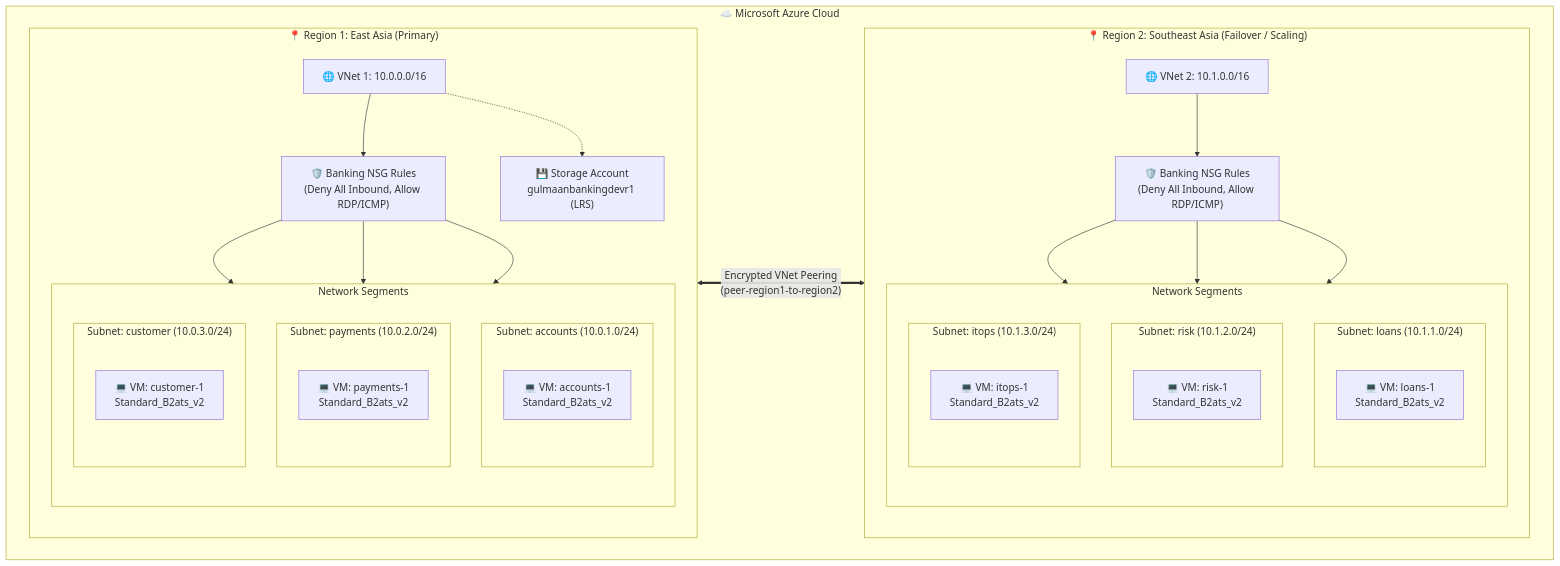
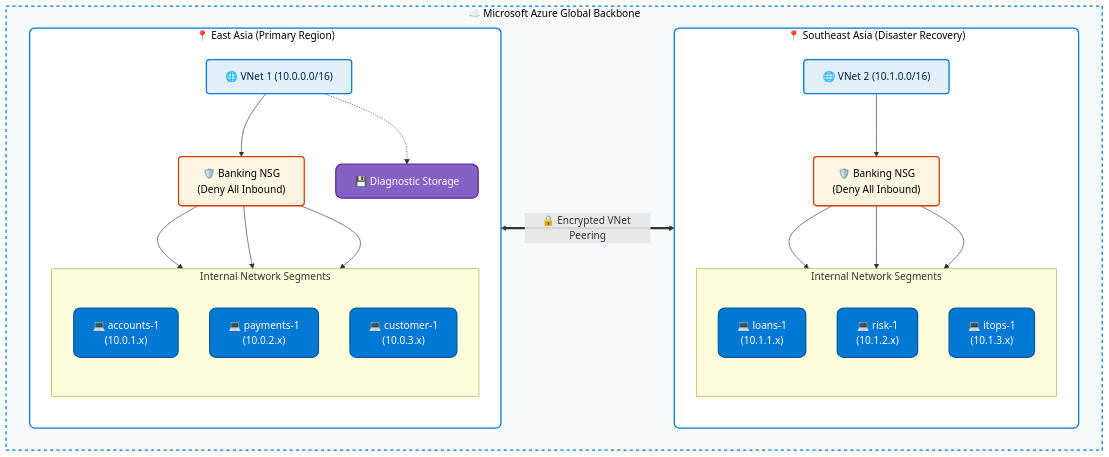
One commit to gulmaan87/Azure-banking-system changed the diagram in README.md. Above: the diagram before and after it, drawn with Mermaid.

````diff
--- a/README.md
+++ b/README.md
@@ -16,62 +16,60 @@
 ```mermaid
 flowchart TB
-    subgraph AzureCloud["☁️ Microsoft Azure Cloud"]
+    %% --- Custom Styles ---
+    classDef azureCloud fill:#f8f9fa,stroke:#0078D4,stroke-width:2px,stroke-dasharray: 5 5,color:#000000
+    classDef region fill:#ffffff,stroke:#0078D4,stroke-width:2px,color:#000000,rx:8,ry:8
+    classDef vnet fill:#e1f0fa,stroke:#0078D4,stroke-width:2px,color:#002050,rx:5,ry:5
+    classDef nsg fill:#fdf6e3,stroke:#d83b01,stroke-width:2px,color:#000000,rx:5,ry:5
+    classDef vm fill:#0078D4,stroke:#005a9e,stroke-width:2px,color:#ffffff,rx:10,ry:10
+    classDef storage fill:#8661C5,stroke:#5c2d91,stroke-width:2px,color:#ffffff,rx:10,ry:10
+
+    subgraph AzureCloud["☁️ Microsoft Azure Global Backbone"]
         direction LR
 
         %% REGION 1
-        subgraph Region1["📍 Region 1: East Asia (Primary)"]
+        subgraph Region1["📍 East Asia (Primary Region)"]
             direction TB
-            VNet1["🌐 VNet 1: 10.0.0.0/16"]
-            NSG1["🛡️ Banking NSG Rules<br/>(Deny All Inbound, Allow RDP/ICMP)"]
+            VNet1["🌐 VNet 1 (10.0.0.0/16)"]:::vnet
+            NSG1["🛡️ Banking NSG<br/>(Deny All Inbound)"]:::nsg
             
-            subgraph Subnets1["Network Segments"]
+            subgraph Subnets1["Internal Network Segments"]
                 direction TB
-                subgraph S1A["Subnet: accounts (10.0.1.0/24)"]
-                    VM1A["💻 VM: accounts-1<br/>Standard_B2ats_v2"]
-                end
-                subgraph S1B["Subnet: payments (10.0.2.0/24)"]
-                    VM1B["💻 VM: payments-1<br/>Standard_B2ats_v2"]
-                end
-                subgraph S1C["Subnet: customer (10.0.3.0/24)"]
-                    VM1C["💻 VM: customer-1<br/>Standard_B2ats_v2"]
-                end
+                VM1A["💻 accounts-1<br/>(10.0.1.x)"]:::vm
+                VM1B["💻 payments-1<br/>(10.0.2.x)"]:::vm
+                VM1C["💻 customer-1<br/>(10.0.3.x)"]:::vm
             end
             
-            Storage["💾 Storage Account<br/>gulmaanbankingdevr1 (LRS)"]
+            Storage["💾 Diagnostic Storage"]:::storage
 
             VNet1 --> NSG1
-            NSG1 --> S1A
-            NSG1 --> S1B
-            NSG1 --> S1C
+            NSG1 --> VM1A
+            NSG1 --> VM1B
+            NSG1 --> VM1C
             VNet1 -.-> Storage
         end
 
         %% REGION 2
-        subgraph Region2["📍 Region 2: Southeast Asia (Failover / Scaling)"]
+        subgraph Region2["📍 Southeast Asia (Disaster Recovery)"]
             direction TB
-            VNet2["🌐 VNet 2: 10.1.0.0/16"]
-            NSG2["🛡️ Banking NSG Rules<br/>(Deny All Inbound, Allow RDP/ICMP)"]
+            VNet2["🌐 VNet 2 (10.1.0.0/16)"]:::vnet
+            NSG2["🛡️ Banking NSG<br/>(Deny All Inbound)"]:::nsg
             
-            subgraph Subnets2["Network Segments"]
+            subgraph Subnets2["Internal Network Segments"]
                 direction TB
-                subgraph S2A["Subnet: loans (10.1.1.0/24)"]
-                    VM2A["💻 VM: loans-1<br/>Standard_B2ats_v2"]
-                end
-                subgraph S2B["Subnet: risk (10.1.2.0/24)"]
-                    VM2B["💻 VM: risk-1<br/>Standard_B2ats_v2"]
-                end
-                subgraph S2C["Subnet: itops (10.1.3.0/24)"]
-                    VM2C["💻 VM: itops-1<br/>Standard_B2ats_v2"]
-                end
+                VM2A["💻 loans-1<br/>(10.1.1.x)"]:::vm
+                VM2B["💻 risk-1<br/>(10.1.2.x)"]:::vm
+                VM2C["💻 itops-1<br/>(10.1.3.x)"]:::vm
             end
 
             VNet2 --> NSG2
-            NSG2 --> S2A
-            NSG2 --> S2B
-            NSG2 --> S2C
+            NSG2 --> VM2A
+            NSG2 --> VM2B
+            NSG2 --> VM2C
         end
 
-        %% PEERING
-        VNet1 <==>|"Encrypted VNet Peering<br/>(peer-region1-to-region2)"| VNet2
+        VNet1 <==>|"🔒 Encrypted VNet Peering"| VNet2
     end
+    
+    class AzureCloud azureCloud
+    class Region1,Region2 region
 ```
````
